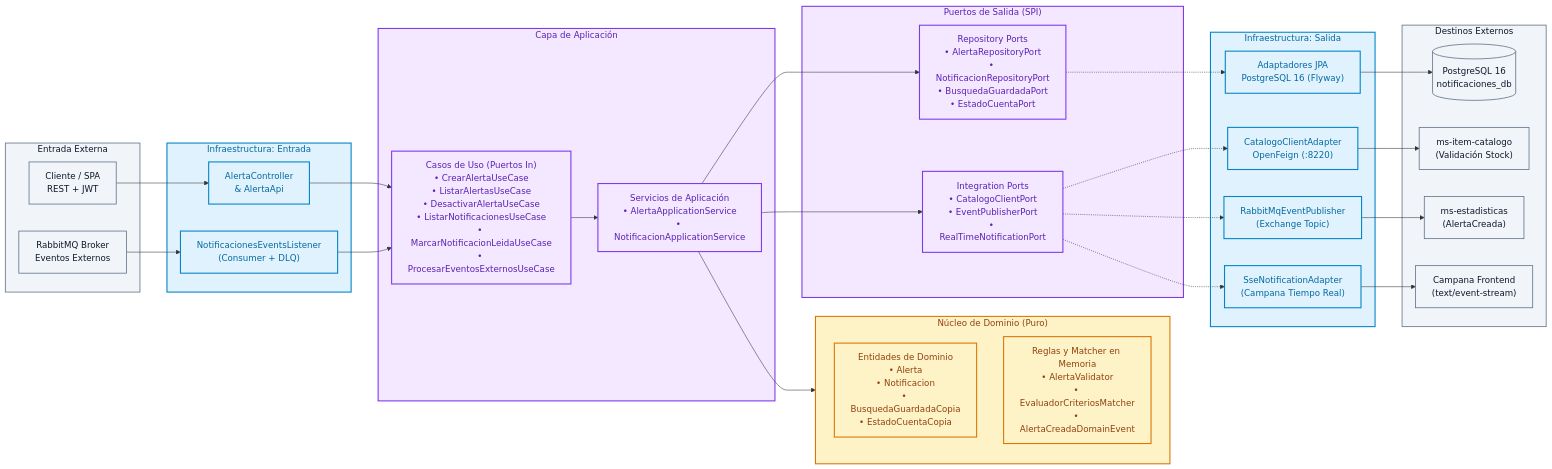
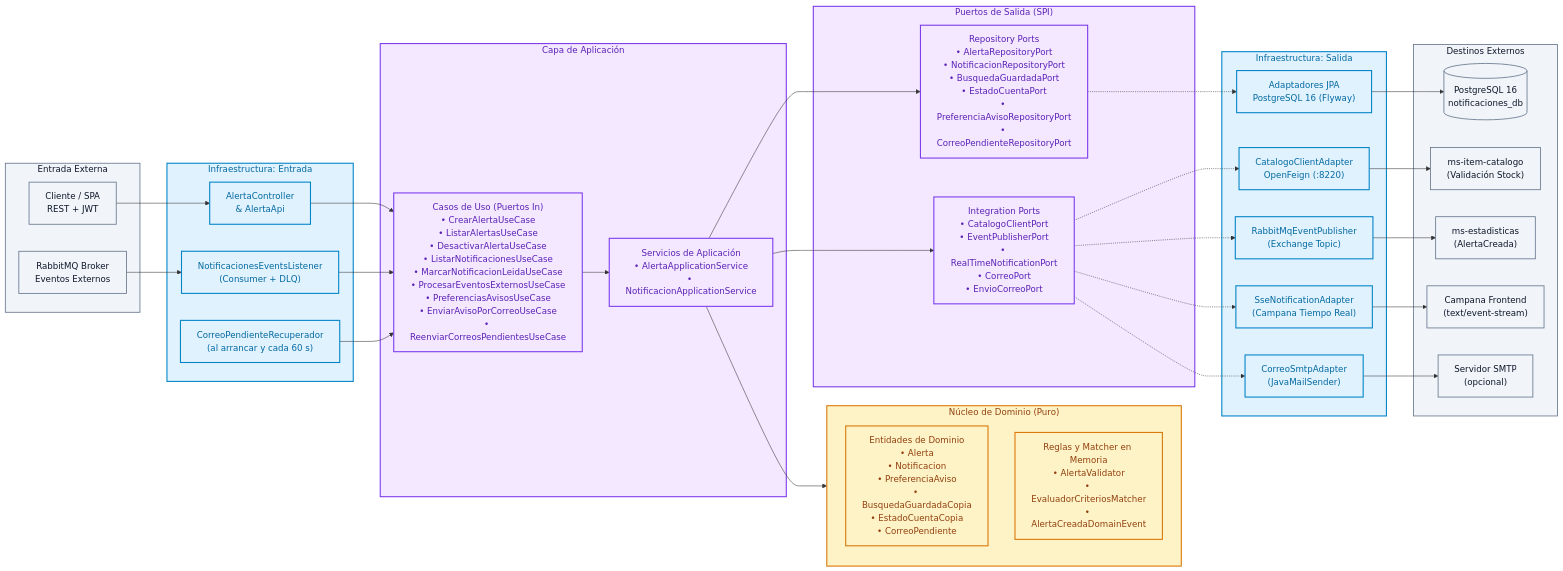
Before and after one commit to StyleRadar1/GJ-Notification-Service: the first of 2 diagrams in README.md, drawn with Mermaid. The commit also changed other lines of this file and 13 other files, not shown here.

First line of the commit message:
docs(diagramas): actualizar los seis diagramas y su documentacion al codigo de develop

````diff
--- a/README.md
+++ b/README.md
@@ -142,24 +142,25 @@
     subgraph ADAPTERS_IN["Infraestructura: Entrada"]
         REST_CTRL["AlertaController<br>& AlertaApi"]
         AMQP_LISTENER["NotificacionesEventsListener<br>(Consumer + DLQ)"]
+        SCHEDULER["CorreoPendienteRecuperador<br>(al arrancar y cada 60 s)"]
     end
 
     %% Capa de Aplicacion
     subgraph APPLICATION["Capa de Aplicación"]
-        USE_CASES["Casos de Uso (Puertos In)<br>• CrearAlertaUseCase<br>• ListarAlertasUseCase<br>• DesactivarAlertaUseCase<br>• ListarNotificacionesUseCase<br>• MarcarNotificacionLeidaUseCase<br>• ProcesarEventosExternosUseCase"]
+        USE_CASES["Casos de Uso (Puertos In)<br>• CrearAlertaUseCase<br>• ListarAlertasUseCase<br>• DesactivarAlertaUseCase<br>• ListarNotificacionesUseCase<br>• MarcarNotificacionLeidaUseCase<br>• ProcesarEventosExternosUseCase<br>• PreferenciasAvisosUseCase<br>• EnviarAvisoPorCorreoUseCase<br>• ReenviarCorreosPendientesUseCase"]
         APP_SERVICES["Servicios de Aplicación<br>• AlertaApplicationService<br>• NotificacionApplicationService"]
     end
 
     %% Núcleo de Dominio Puro
     subgraph DOMAIN["Núcleo de Dominio (Puro)"]
-        ENTITIES["Entidades de Dominio<br>• Alerta<br>• Notificacion<br>• BusquedaGuardadaCopia<br>• EstadoCuentaCopia"]
+        ENTITIES["Entidades de Dominio<br>• Alerta<br>• Notificacion<br>• PreferenciaAviso<br>• BusquedaGuardadaCopia<br>• EstadoCuentaCopia<br>• CorreoPendiente"]
         RULES["Reglas y Matcher en Memoria<br>• AlertaValidator<br>• EvaluadorCriteriosMatcher<br>• AlertaCreadaDomainEvent"]
     end
 
     %% Puertos de Salida
     subgraph PORTS_OUT["Puertos de Salida (SPI)"]
-        P_REPOS["Repository Ports<br>• AlertaRepositoryPort<br>• NotificacionRepositoryPort<br>• BusquedaGuardadaPort<br>• EstadoCuentaPort"]
-        P_EXT["Integration Ports<br>• CatalogoClientPort<br>• EventPublisherPort<br>• RealTimeNotificationPort"]
+        P_REPOS["Repository Ports<br>• AlertaRepositoryPort<br>• NotificacionRepositoryPort<br>• BusquedaGuardadaPort<br>• EstadoCuentaPort<br>• PreferenciaAvisoRepositoryPort<br>• CorreoPendienteRepositoryPort"]
+        P_EXT["Integration Ports<br>• CatalogoClientPort<br>• EventPublisherPort<br>• RealTimeNotificationPort<br>• CorreoPort<br>• EnvioCorreoPort"]
     end
 
     %% Adaptadores de Salida
@@ -168,6 +169,7 @@
         FEIGN_ADAPTER["CatalogoClientAdapter<br>OpenFeign (:8220)"]
         AMQP_ADAPTER["RabbitMqEventPublisher<br>(Exchange Topic)"]
         SSE_ADAPTER["SseNotificationAdapter<br>(Campana Tiempo Real)"]
+        SMTP_ADAPTER["CorreoSmtpAdapter<br>(JavaMailSender)"]
     end
 
     %% Destinos Externos
@@ -176,6 +178,7 @@
         CATALOGO["ms-item-catalogo<br>(Validación Stock)"]
         ESTADISTICAS["ms-estadisticas<br>(AlertaCreada)"]
         SSE_CLIENT["Campana Frontend<br>(text/event-stream)"]
+        SMTP["Servidor SMTP<br>(opcional)"]
     end
 
     %% Flujo de Invocación
@@ -184,6 +187,7 @@
 
     REST_CTRL --> USE_CASES
     AMQP_LISTENER --> USE_CASES
+    SCHEDULER --> USE_CASES
 
     USE_CASES --> APP_SERVICES
     APP_SERVICES --> DOMAIN
@@ -194,11 +198,13 @@
     P_EXT -.-> FEIGN_ADAPTER
     P_EXT -.-> AMQP_ADAPTER
     P_EXT -.-> SSE_ADAPTER
+    P_EXT -.-> SMTP_ADAPTER
 
     JPA_ADAPTER --> DB
     FEIGN_ADAPTER --> CATALOGO
     AMQP_ADAPTER --> ESTADISTICAS
     SSE_ADAPTER --> SSE_CLIENT
+    SMTP_ADAPTER --> SMTP
 
     %% Estilos de Alta Claridad y Contraste
     classDef ext fill:#F1F5F9,stroke:#64748B,stroke-width:1.5px,color:#0F172A;
@@ -206,8 +212,8 @@
     classDef app fill:#F3E8FF,stroke:#7C3AED,stroke-width:2px,color:#5B21B6;
     classDef dom fill:#FEF3C7,stroke:#D97706,stroke-width:2px,color:#92400E;
 
-    class EXT_IN,EXT_OUT,CLIENT,BROKER_IN,DB,CATALOGO,ESTADISTICAS,SSE_CLIENT ext;
-    class ADAPTERS_IN,ADAPTERS_OUT,REST_CTRL,AMQP_LISTENER,JPA_ADAPTER,FEIGN_ADAPTER,AMQP_ADAPTER,SSE_ADAPTER infra;
+    class EXT_IN,EXT_OUT,CLIENT,BROKER_IN,DB,CATALOGO,ESTADISTICAS,SSE_CLIENT,SMTP ext;
+    class ADAPTERS_IN,ADAPTERS_OUT,REST_CTRL,AMQP_LISTENER,SCHEDULER,JPA_ADAPTER,FEIGN_ADAPTER,AMQP_ADAPTER,SSE_ADAPTER,SMTP_ADAPTER infra;
     class APPLICATION,PORTS_OUT,USE_CASES,APP_SERVICES,P_REPOS,P_EXT app;
     class DOMAIN,ENTITIES,RULES dom;
 ```
````
